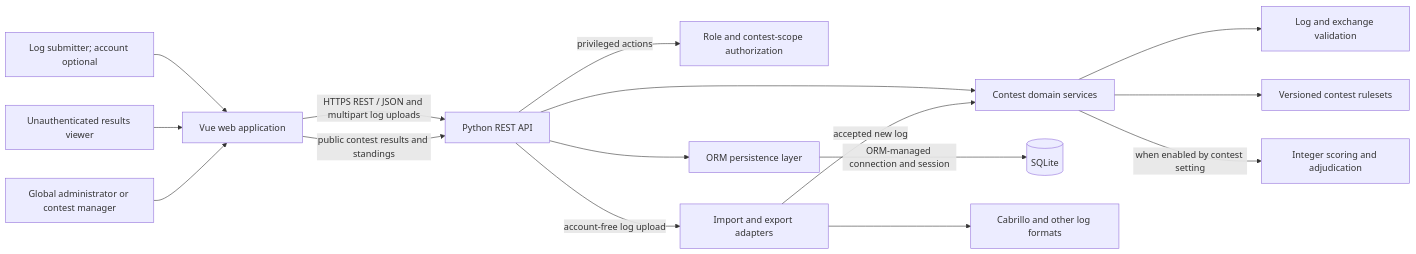
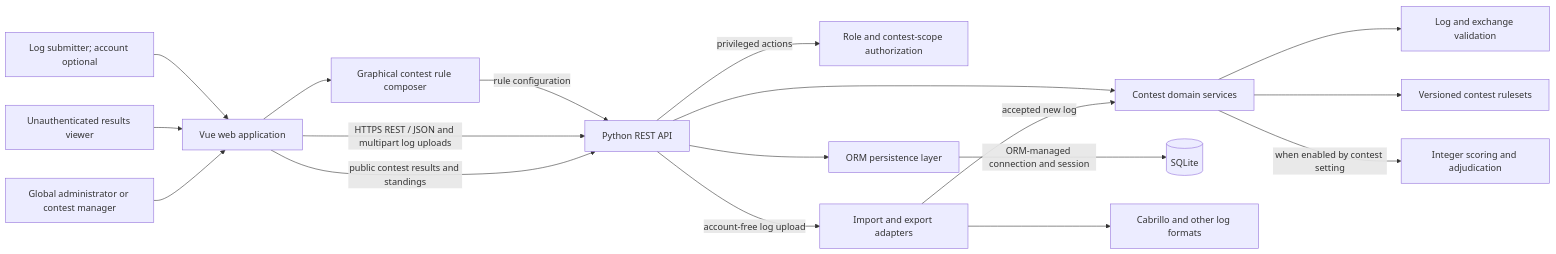
The first of 2 diagrams in documentation/README.md (ea7klk/contestmaster), drawn with Mermaid before and after one commit. The commit also changed other lines of this file, not shown here.

Commit message:
Document graphical contest rules composer

````diff
--- a/documentation/README.md
+++ b/documentation/README.md
@@ -49,18 +49,20 @@
 ```mermaid
 flowchart LR
     Participant[Log submitter; account optional] --> Web[Vue web application]
     Visitor[Unauthenticated results viewer] --> Web
     PrivilegedUser[Global administrator or contest manager] --> Web
+    Web --> Composer[Graphical contest rule composer]
+    Composer -->|rule configuration| API[Python REST API]
     Web -->|HTTPS REST / JSON and multipart log uploads| API[Python REST API]
     Web -->|public contest results and standings| API
     API -->|privileged actions| Auth[Role and contest-scope authorization]
     API --> Domain[Contest domain services]
     Domain --> Validation[Log and exchange validation]
     Domain --> Rules[Versioned contest rulesets]
     Domain -->|when enabled by contest setting| Scoring[Integer scoring and adjudication]
     API --> Store[ORM persistence layer]
     Store -->|ORM-managed connection and session| DB[(SQLite)]
     API -->|account-free log upload| Adapters[Import and export adapters]
     Adapters -->|accepted new log| Domain
     Adapters --> Formats[Cabrillo and other log formats]
 ```
````
